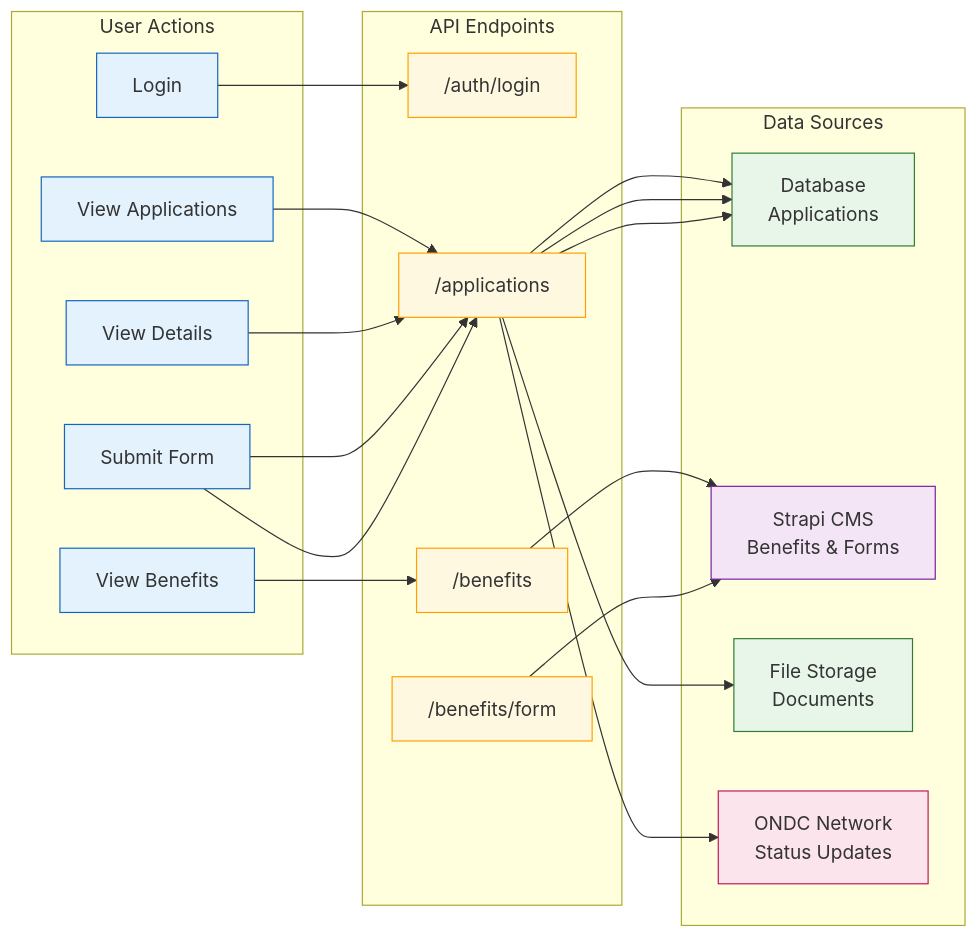
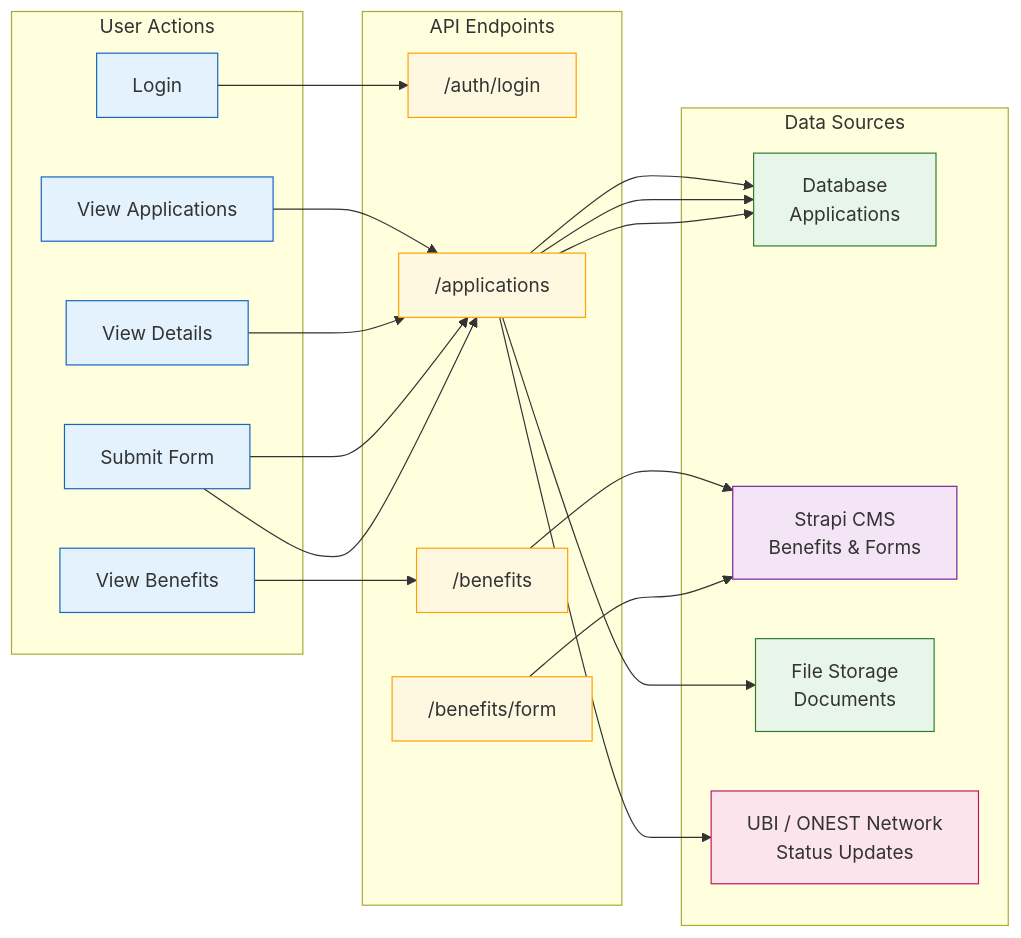
Before and after one commit to rajnishdargan/ubi-strapi-provider-mw: the fifth of 5 diagrams in docs/arch-diagram1.md, drawn with Mermaid. The commit also changed other lines of this file and 2 other files, not shown here.

Commit message:
Issue #246252 chore: Adding diagrams

````diff
--- a/docs/arch-diagram1.md
+++ b/docs/arch-diagram1.md
@@ -137,47 +137,47 @@
 ```mermaid
 graph LR
     subgraph "User Actions"
         LOGIN[Login]
         VIEW_BEN[View Benefits]
         VIEW_APP[View Applications]
         VIEW_DET[View Details]
         SUBMIT[Submit Form]
         style LOGIN fill:#e3f2fd,stroke:#1565c0
         style VIEW_BEN fill:#e3f2fd,stroke:#1565c0
         style VIEW_APP fill:#e3f2fd,stroke:#1565c0
         style VIEW_DET fill:#e3f2fd,stroke:#1565c0
         style SUBMIT fill:#e3f2fd,stroke:#1565c0
     end
 
     subgraph "API Endpoints"
         AUTH_API["/auth/login"]
         BEN_API["/benefits"]
         APP_API["/applications"]
         FORM_API["/benefits/form"]
         style AUTH_API fill:#fff8e1,stroke:#ffa000
         style BEN_API fill:#fff8e1,stroke:#ffa000
         style APP_API fill:#fff8e1,stroke:#ffa000
         style FORM_API fill:#fff8e1,stroke:#ffa000
     end
 
     subgraph "Data Sources"
         DB[Database<br/>Applications]
         STRAPI_CMS[Strapi CMS<br/>Benefits & Forms]
         FS[File Storage<br/>Documents]
-        ONDC[ONDC Network<br/>Status Updates]
+        ONDC[UBI / ONEST Network<br/>Status Updates]
         style DB fill:#e8f5e9,stroke:#2e7d32
         style STRAPI_CMS fill:#f3e5f5,stroke:#7b1fa2
         style FS fill:#e8f5e9,stroke:#2e7d32
         style ONDC fill:#fce4ec,stroke:#c2185b
     end
 
     LOGIN --> AUTH_API
     VIEW_BEN --> BEN_API --> STRAPI_CMS
     VIEW_APP --> APP_API --> DB
     VIEW_DET --> APP_API --> DB
     SUBMIT --> APP_API --> DB
     SUBMIT --> APP_API --> FS
     FORM_API --> STRAPI_CMS
     
     APP_API --> ONDC
 ```
````
